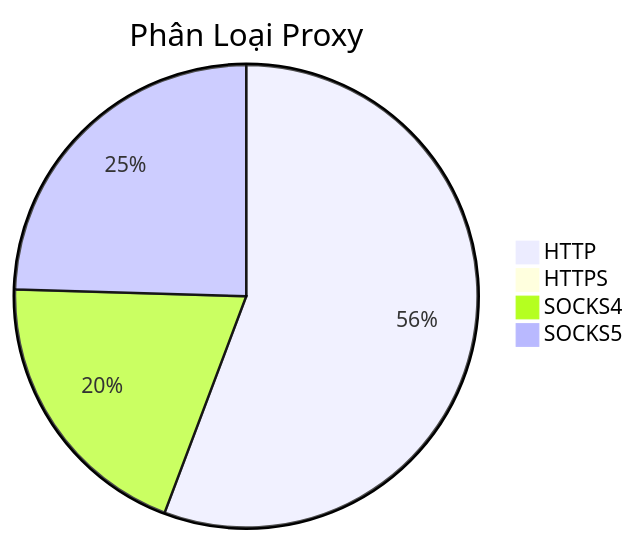
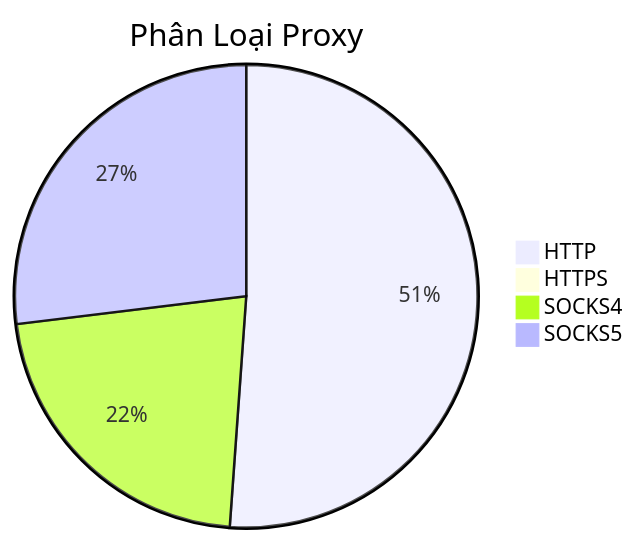
Before and after one commit to Ciara-12/PROXY-free: the diagram in README.md, drawn with Mermaid. The commit also changed other lines of this file and 3 other files, not shown here.

````diff
--- a/README.md
+++ b/README.md
@@ -26,7 +26,7 @@
 ```mermaid
 pie title Phân Loại Proxy
-    "HTTP" : 709
+    "HTTP" : 585
     "HTTPS" : 0
     "SOCKS4" : 251
-    "SOCKS5" : 312
+    "SOCKS5" : 308
 ```
````
